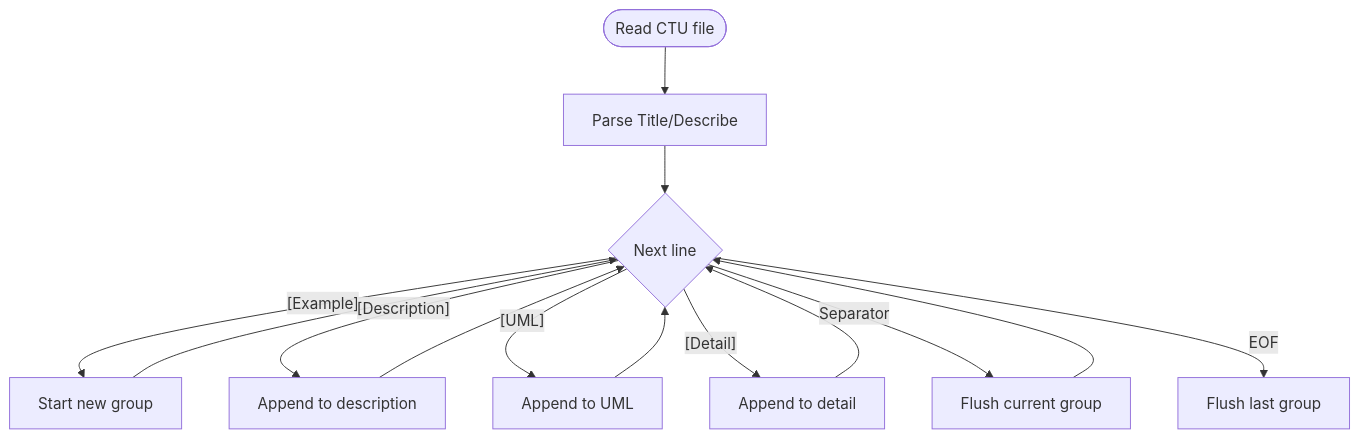
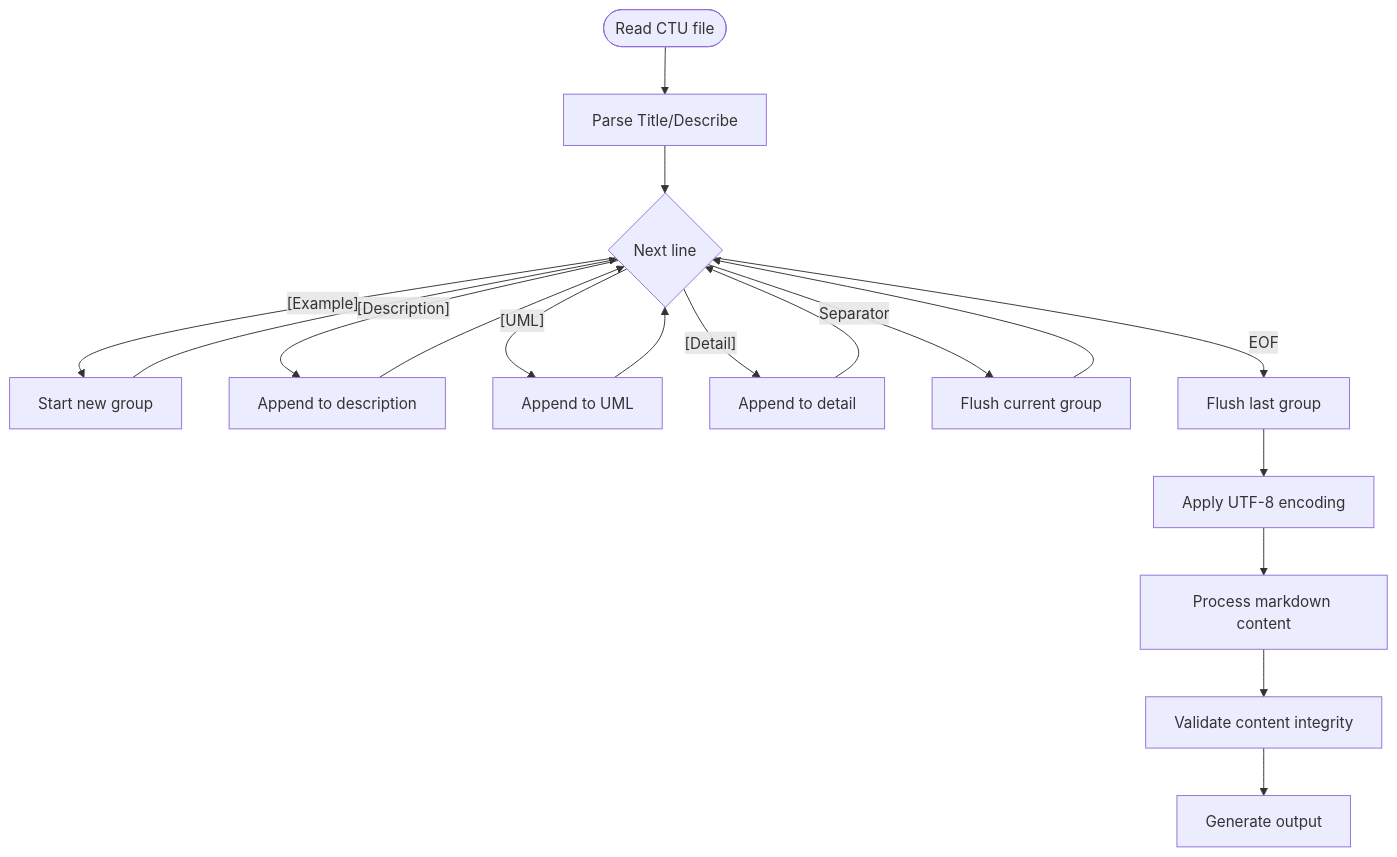
Before and after one commit to pingwurth/code-to-uml: the fourth of 8 diagrams in .qoder/repowiki/en/content/Template System/Template System.md, drawn with Mermaid. The commit also changed other lines of this file and 21 other files, not shown here.

Commit message:
chore(docs): 删除 Code-To-UML 介绍文档

````diff
--- a/.qoder/repowiki/en/content/Template System/Template System.md
+++ b/.qoder/repowiki/en/content/Template System/Template System.md
@@ -269,16 +282,20 @@
 ```mermaid
 flowchart TD
 Start(["Read CTU file"]) --> Header["Parse Title/Describe"]
 Header --> Loop{"Next line"}
 Loop --> |"[Example]"| Example["Start new group"]
 Loop --> |"[Description]"| Desc["Append to description"]
 Loop --> |"[UML]"| Uml["Append to UML"]
 Loop --> |"[Detail]"| Detail["Append to detail"]
 Loop --> |Separator| Flush["Flush current group"]
 Flush --> Loop
 Example --> Loop
 Desc --> Loop
 Uml --> Loop
 Detail --> Loop
 Loop --> |EOF| FinalFlush["Flush last group"]
+FinalFlush --> UTF8["Apply UTF-8 encoding"]
+UTF8 --> Markdown["Process markdown content"]
+Markdown --> ErrorCheck["Validate content integrity"]
+ErrorCheck --> Output["Generate output"]
 ```
````
